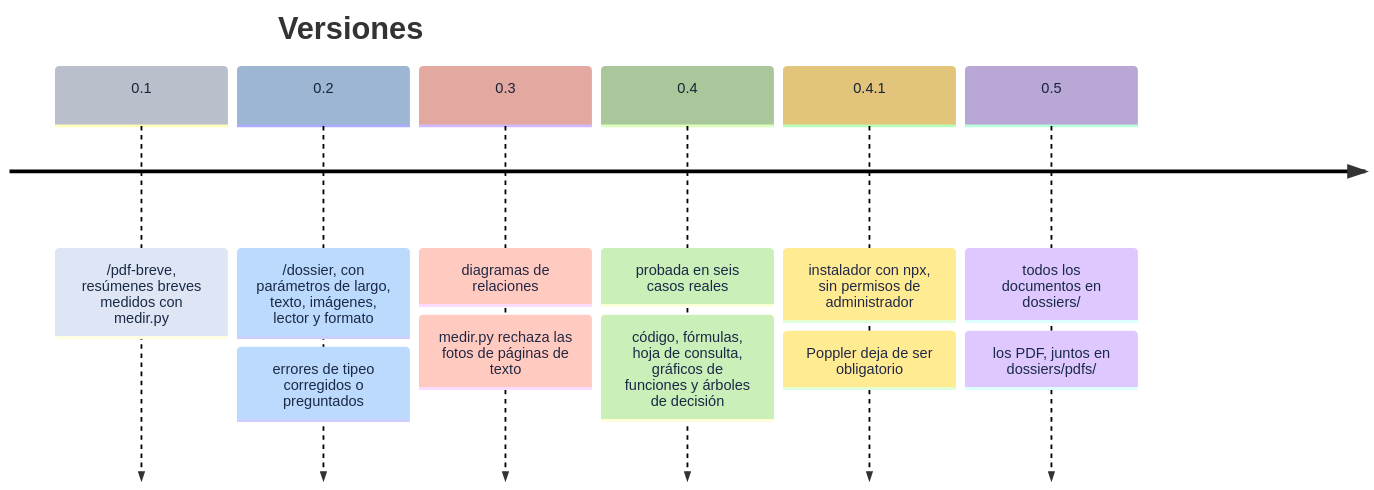
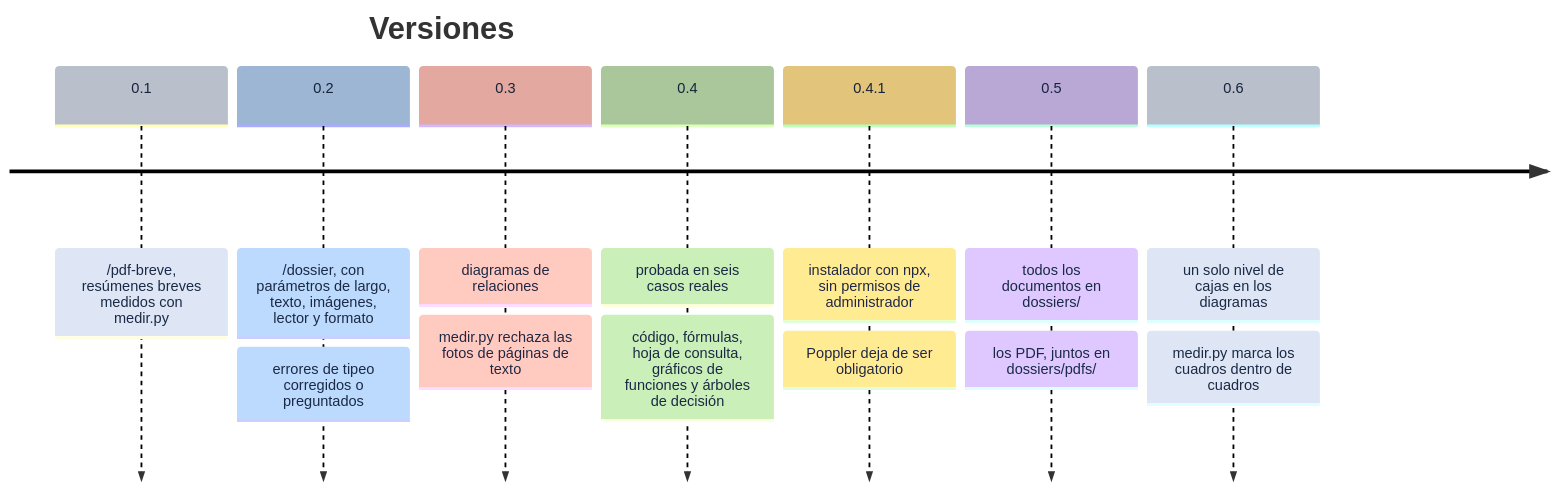
One commit to SebasCaules/Dossier changed the fifth of 5 diagrams in README.md. Above: the diagram before and after it, drawn with Mermaid. The commit also changed other lines of this file and 20 other files, not shown here.

First line of the commit message:
0.6.0: un solo nivel de cajas en los diagramas

````diff
--- a/README.md
+++ b/README.md
@@ -839,16 +843,18 @@
 ```mermaid
 %%{init: {'themeVariables': {'cScale0': '#B9C0CC', 'cScale1': '#9DB6D3', 'cScale2': '#E3A89F', 'cScale3': '#A9C79A', 'cScale4': '#E2C47A', 'cScale5': '#B9A7D6', 'cScale6': '#B9C0CC', 'cScaleLabel0': '#16233A', 'cScaleLabel1': '#16233A', 'cScaleLabel2': '#16233A', 'cScaleLabel3': '#16233A', 'cScaleLabel4': '#16233A', 'cScaleLabel5': '#16233A', 'cScaleLabel6': '#16233A'}}}%%
 timeline
     title Versiones
     0.1 : /pdf-breve, resúmenes breves medidos con medir.py
     0.2 : /dossier, con parámetros de largo, texto, imágenes, lector y formato
         : errores de tipeo corregidos o preguntados
     0.3 : diagramas de relaciones
         : medir.py rechaza las fotos de páginas de texto
     0.4 : probada en seis casos reales
         : código, fórmulas, hoja de consulta, gráficos de funciones y árboles de decisión
     0.4.1 : instalador con npx, sin permisos de administrador
           : Poppler deja de ser obligatorio
     0.5 : todos los documentos en dossiers/
         : los PDF, juntos en dossiers/pdfs/
+    0.6 : un solo nivel de cajas en los diagramas
+        : medir.py marca los cuadros dentro de cuadros
 ```
````
